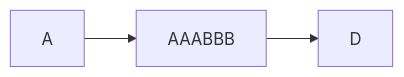
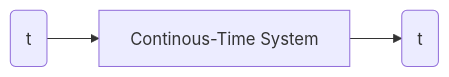
The diagram in signal-processing/kutz/README.md (setrar/dsp), drawn with Mermaid before and after one commit.

````diff
--- a/signal-processing/kutz/README.md
+++ b/signal-processing/kutz/README.md
@@ -49,7 +49,7 @@
 ```mermaid
 %%{init: {"flowchart": {"htmlLabels": false}} }%%
 flowchart LR
-    A-->B[AAA<span>BBB</span>]
-    B-->D
+    x(t)-->B[Continous-Time System]
+    B-->y(t)
     class A cssClass
 ```
````
